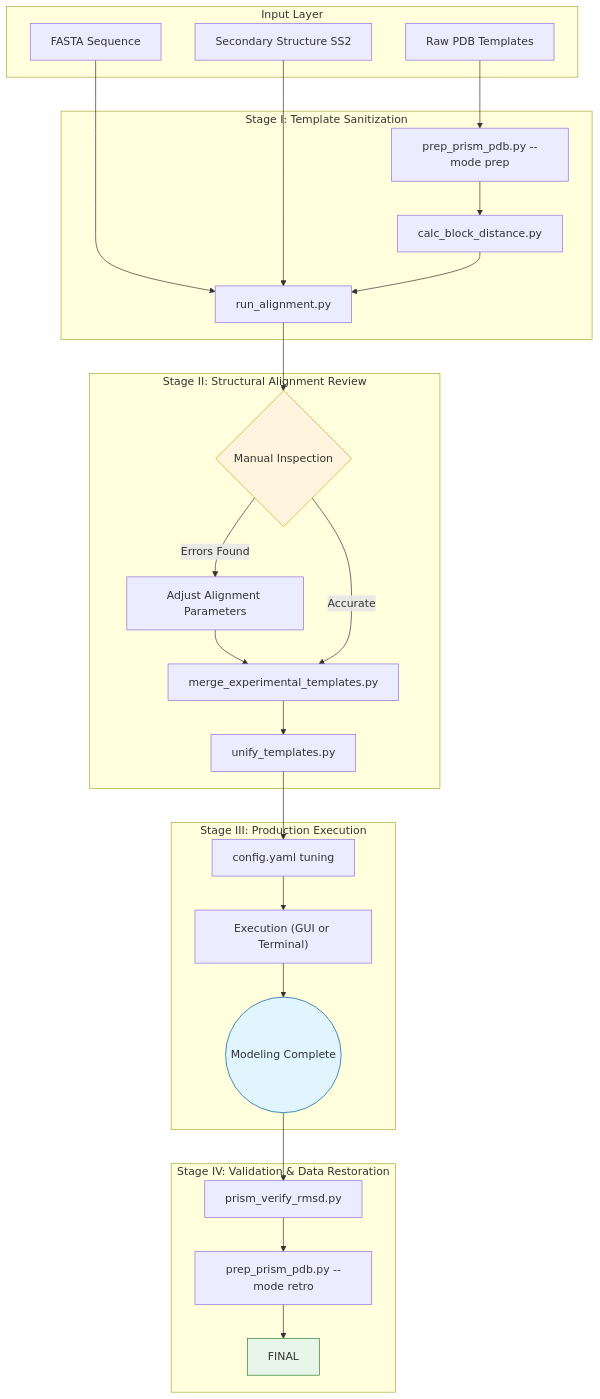
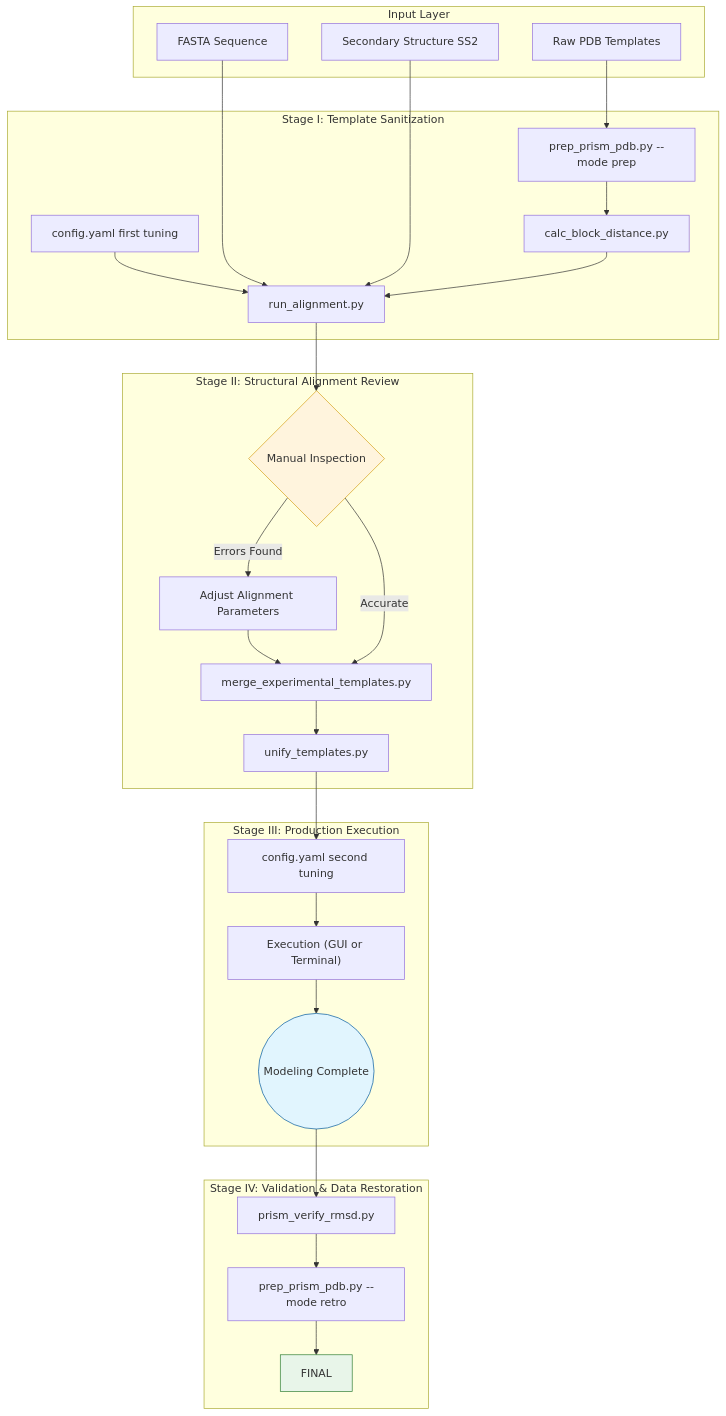
Before and after one commit to richardloopez/PRISM_Protected-Region-Insertion-Suite-for-Modeling: the diagram in README.md, drawn with Mermaid.

Commit message:
Update README with additional config tuning stages

````diff
--- a/README.md
+++ b/README.md
@@ -198,40 +198,41 @@
 ```mermaid
 graph TD
     subgraph "Input Layer"
         A[Raw PDB Templates]
         B[FASTA Sequence]
         C[Secondary Structure SS2]
     end
 
     subgraph "Stage I: Template Sanitization"
+        1CONFIG[config.yaml first tuning] --> ALIGN
         A --> PREP[prep_prism_pdb.py --mode prep]
         PREP --> DIST[calc_block_distance.py]
         B --> ALIGN
         C --> ALIGN
         DIST --> ALIGN[run_alignment.py]
     end
 
     subgraph "Stage II: Structural Alignment Review"
         ALIGN --> REV{Manual Inspection}
         REV -- "Errors Found" --> FIX[Adjust Alignment Parameters]
         FIX --> MERGE[merge_experimental_templates.py]
         REV -- "Accurate" --> MERGE
         MERGE --> UNIFY[unify_templates.py]
     end
 
     subgraph "Stage III: Production Execution"
-        UNIFY --> CONFIG[config.yaml tuning]
-        CONFIG --> EXEC["Execution (GUI or Terminal)"]
+        UNIFY --> 2CONFIG[config.yaml second tuning]
+        2CONFIG --> EXEC["Execution (GUI or Terminal)"]
         EXEC --> COMP((Modeling Complete))
     end
 
     subgraph "Stage IV: Validation & Data Restoration"
         COMP --> RMSD[prism_verify_rmsd.py]
         RMSD --> RETRO[prep_prism_pdb.py --mode retro]
         RETRO --> FINAL
     end
 
     style REV fill:#fff4dd,stroke:#d4a017
     style COMP fill:#e1f5fe,stroke:#01579b
     style FINAL fill:#e8f5e9,stroke:#2e7d32
 ```
````
